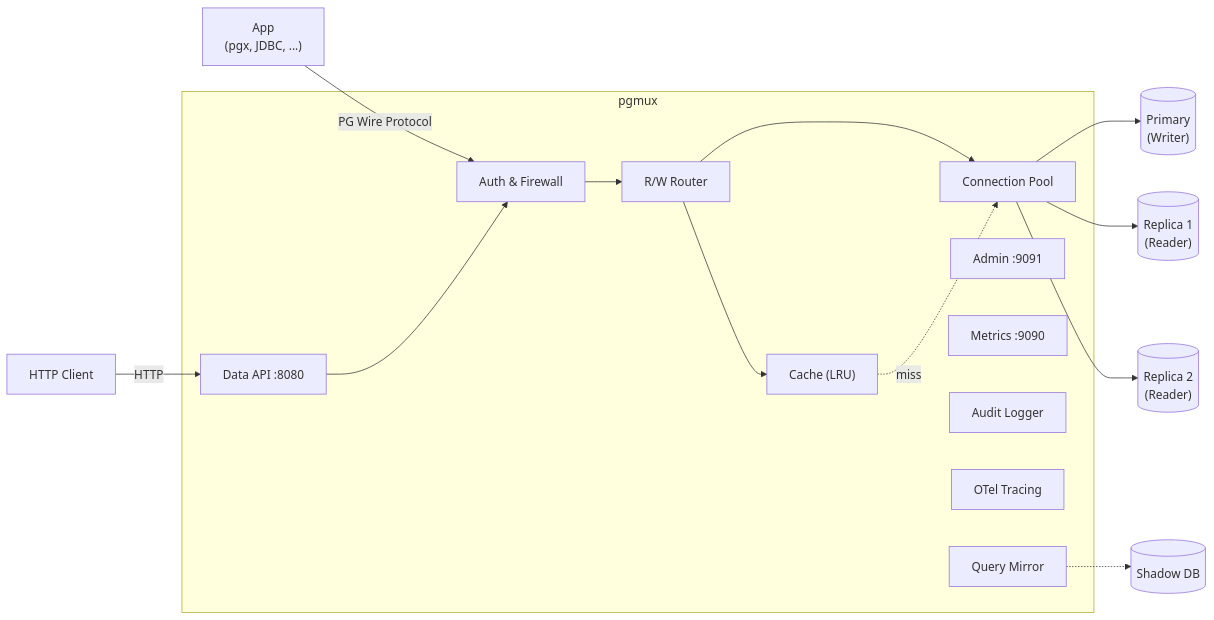
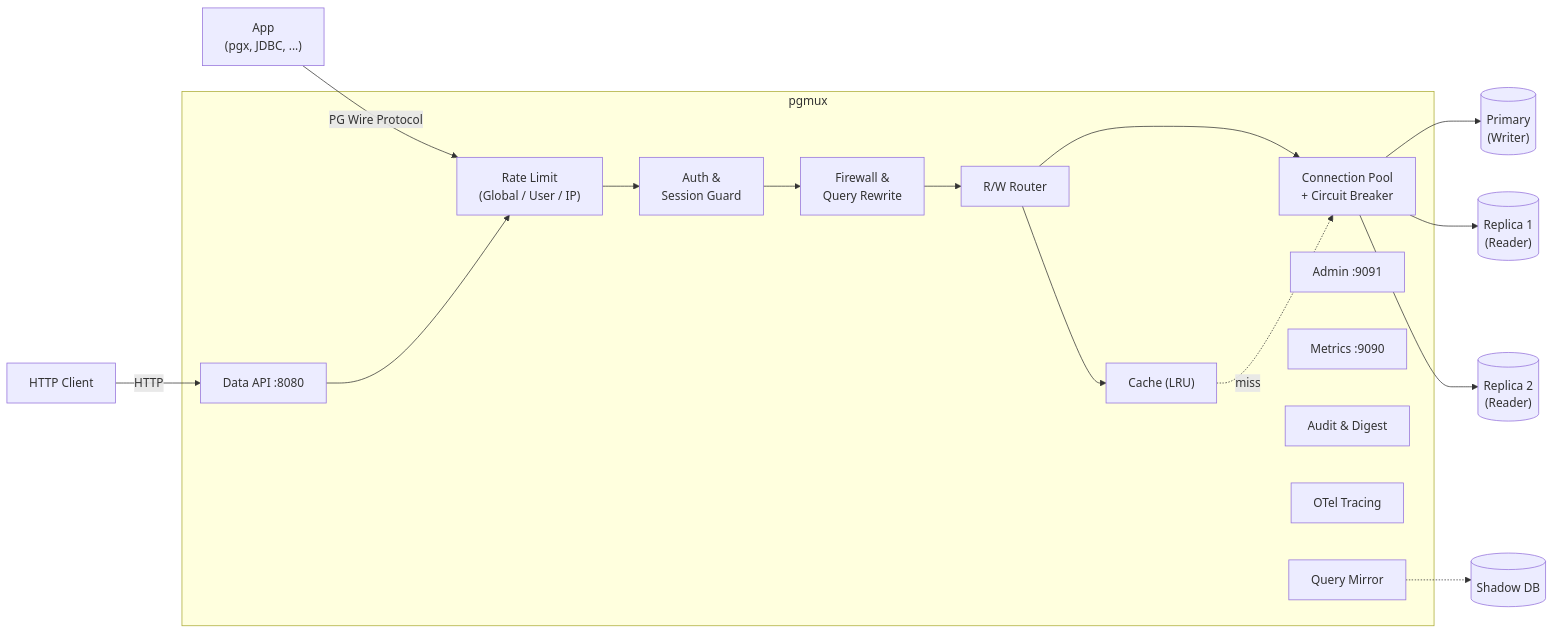
The diagram in README.md (jyukki97/pgmux), drawn with Mermaid before and after one commit. The commit also changed 1 other file, not shown here.

Commit message:
chore: 문서·설정 현행화 — 아키텍처 그림 갱신, config.test.yaml 동기화
- README.md 아키텍처 다이어그램에 Rate Limit, Session Guard,
  Query Rewrite, Circuit Breaker, Digest 반영
- config.test.yaml에 per_user/per_ip 설정 추가

````diff
--- a/README.md
+++ b/README.md
@@ -48,23 +48,25 @@
 ```mermaid
 graph LR
-    App["App<br/>(pgx, JDBC, ...)"] -- "PG Wire Protocol" --> AUTH
+    App["App<br/>(pgx, JDBC, ...)"] -- "PG Wire Protocol" --> RL
     HTTP["HTTP Client"] -- "HTTP" --> DAPI
 
     subgraph pgmux
-        DAPI["Data API :8080"] --> AUTH
-        AUTH["Auth & Firewall"] --> RTR["R/W Router"]
+        DAPI["Data API :8080"] --> RL
+        RL["Rate Limit<br/>(Global / User / IP)"] --> AUTH["Auth &<br/>Session Guard"]
+        AUTH --> FW["Firewall &<br/>Query Rewrite"]
+        FW --> RTR["R/W Router"]
         RTR --> CACHE["Cache (LRU)"]
-        RTR --> POOL["Connection Pool"]
+        RTR --> POOL["Connection Pool<br/>+ Circuit Breaker"]
         CACHE -. miss .-> POOL
         ADM["Admin :9091"]
         MET["Metrics :9090"]
-        AUDIT["Audit Logger"]
+        AUDIT["Audit & Digest"]
         OTEL["OTel Tracing"]
         MIRR["Query Mirror"]
     end
 
     POOL --> W[("Primary<br/>(Writer)")]
     POOL --> R1[("Replica 1<br/>(Reader)")]
     POOL --> R2[("Replica 2<br/>(Reader)")]
     MIRR -.-> S[("Shadow DB")]
 ```
````
